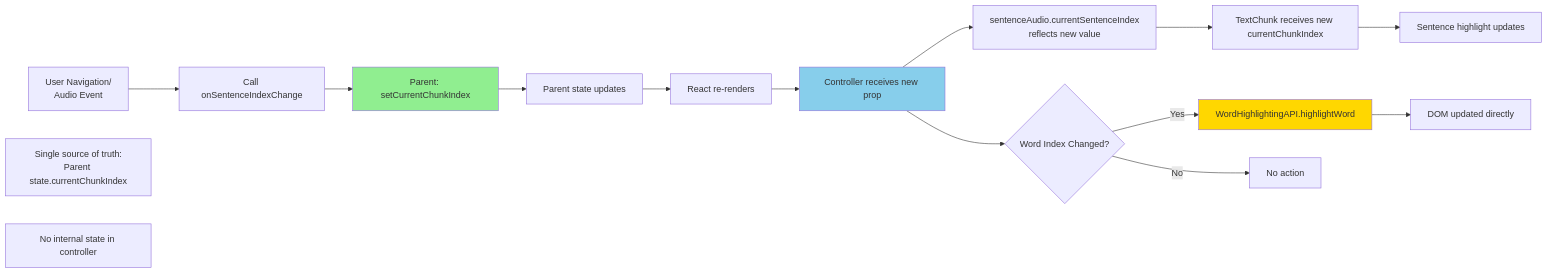
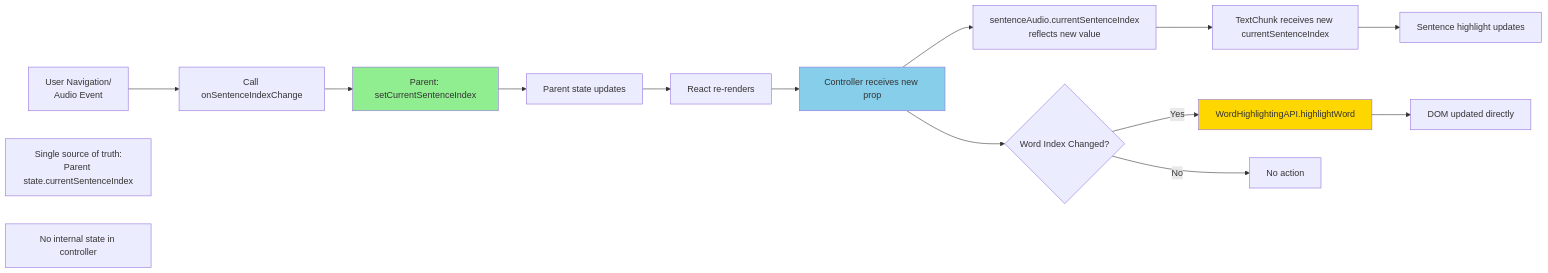
The fifth of 5 diagrams in src/client/routes/Reader/README.md (gileck/book-reader-app), drawn with Mermaid before and after one commit. The commit also changed other lines of this file and 6 other files, not shown here.

First line of the commit message:
docs: Update documentation to reflect architecture changes

````diff
--- a/src/client/routes/Reader/README.md
+++ b/src/client/routes/Reader/README.md
@@ -1104,23 +1118,23 @@
 ```mermaid
 graph LR
     A[User Navigation/<br/>Audio Event] --> B[Call onSentenceIndexChange]
-    B --> C[Parent: setCurrentChunkIndex]
+    B --> C[Parent: setCurrentSentenceIndex]
     C --> D[Parent state updates]
     D --> E[React re-renders]
     E --> F[Controller receives new prop]
     F --> G[sentenceAudio.currentSentenceIndex<br/>reflects new value]
-    G --> H[TextChunk receives new currentChunkIndex]
+    G --> H[TextChunk receives new currentSentenceIndex]
     H --> I[Sentence highlight updates]
     
     F --> J{Word Index Changed?}
     J -->|Yes| K[WordHighlightingAPI.highlightWord]
     J -->|No| L[No action]
     K --> M[DOM updated directly]
     
     style C fill:#90EE90
     style F fill:#87CEEB
     style K fill:#FFD700
     
-    Note1[Single source of truth:<br/>Parent state.currentChunkIndex]
+    Note1[Single source of truth:<br/>Parent state.currentSentenceIndex]
     Note2[No internal state in controller]
 ```
````
